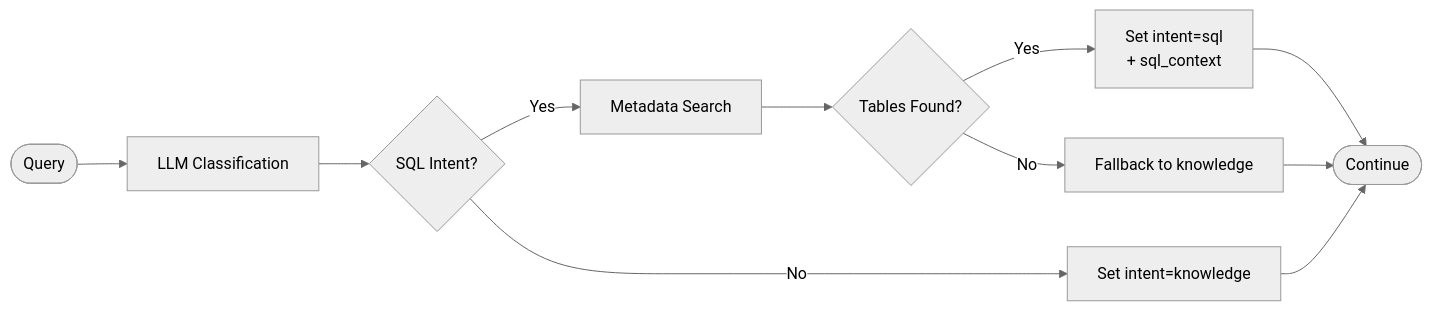
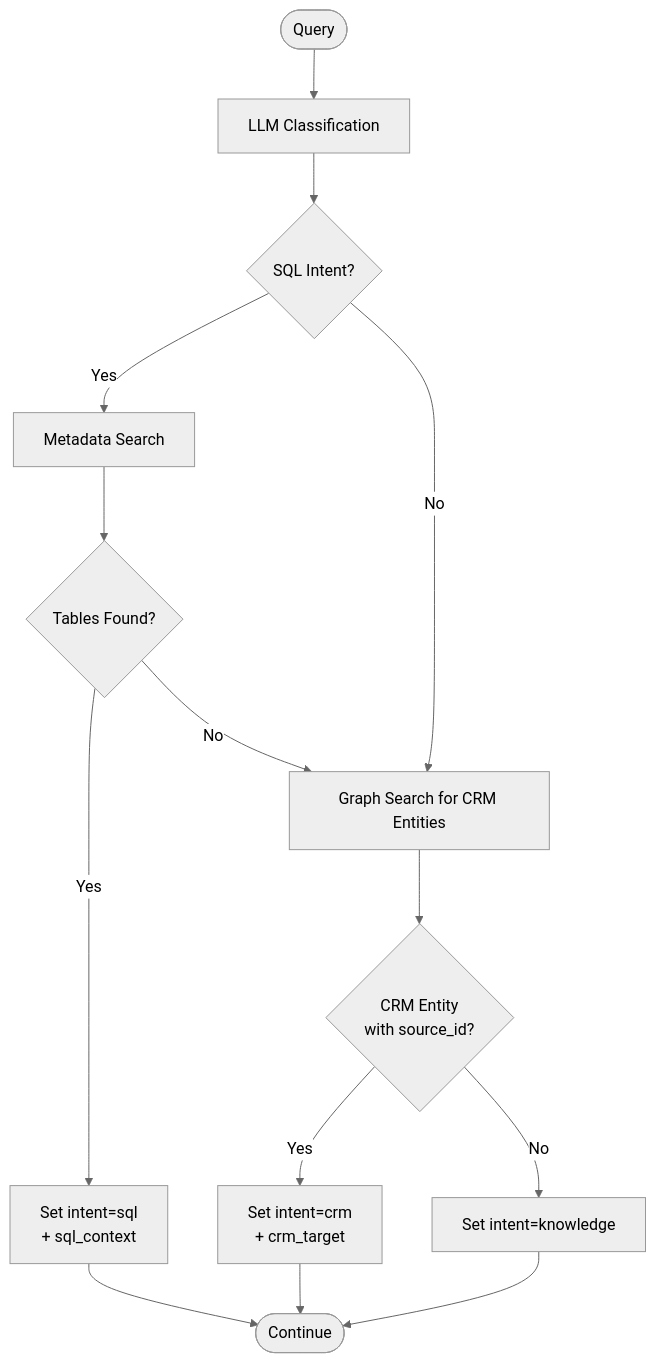
The third of 4 diagrams in docs/AGENTIC_RAG.md (expoya/adizon-knowledge-core), drawn with Mermaid (neutral theme) before and after one commit. The commit also changed other lines of this file and 30 other files, not shown here.

````diff
--- a/docs/AGENTIC_RAG.md
+++ b/docs/AGENTIC_RAG.md
@@ -164,13 +199,19 @@
 ```mermaid
-flowchart LR
+flowchart TD
     START([Query]) --> LLM[LLM Classification]
     LLM --> CHECK{SQL Intent?}
     CHECK -->|Yes| META[Metadata Search]
-    CHECK -->|No| KB[Set intent=knowledge]
+    CHECK -->|No| GRAPH[Graph Search for CRM Entities]
+    
     META --> FOUND{Tables Found?}
     FOUND -->|Yes| SQL[Set intent=sql<br/>+ sql_context]
-    FOUND -->|No| FALLBACK[Fallback to knowledge]
+    FOUND -->|No| GRAPH
+    
+    GRAPH --> ENTITY{CRM Entity<br/>with source_id?}
+    ENTITY -->|Yes| CRM[Set intent=crm<br/>+ crm_target]
+    ENTITY -->|No| KB[Set intent=knowledge]
+    
     SQL --> END([Continue])
+    CRM --> END
     KB --> END
-    FALLBACK --> END
 ```
````
